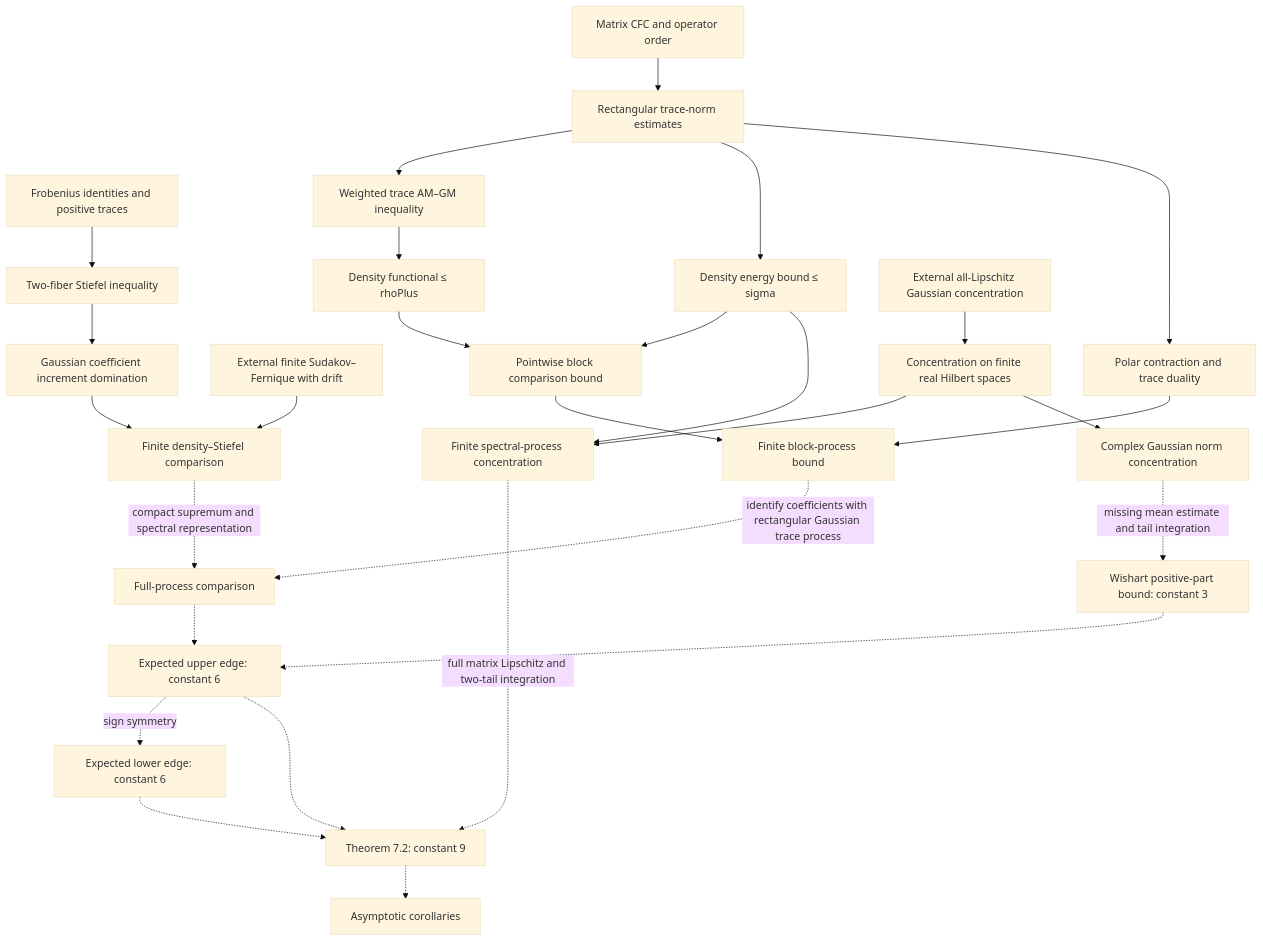
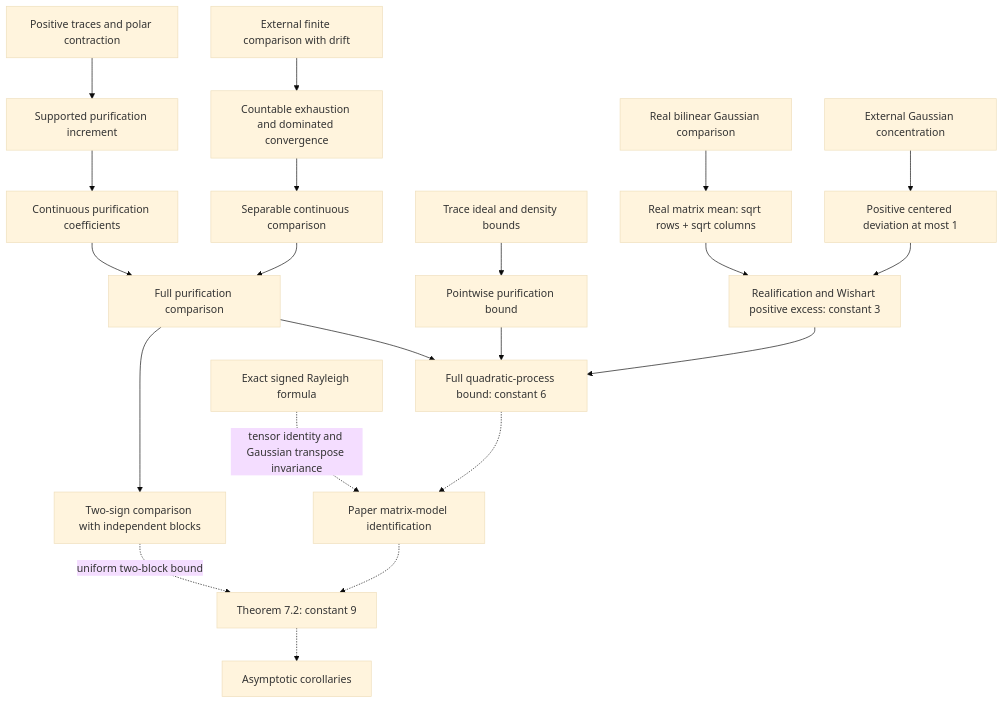
Before and after one commit to T1mberland/lean-arxiv2606.21137: the diagram in docs/FORMALIZATION.md, drawn with Mermaid (base theme). The commit also changed other lines of this file and 23 other files, not shown here.

Commit message:
Prove continuous purification comparison and Gaussian Wishart excess bounds

````diff
--- a/docs/FORMALIZATION.md
+++ b/docs/FORMALIZATION.md
@@ -159,30 +195,23 @@
 ```mermaid
 flowchart TD
-  F[Frobenius identities and positive traces] --> S[Two-fiber Stiefel inequality]
-  S --> I[Gaussian coefficient increment domination]
-  SF[External finite Sudakov–Fernique with drift] --> G[Finite density–Stiefel comparison]
-  I --> G
-  CFC[Matrix CFC and operator order] --> T[Rectangular trace-norm estimates]
-  T --> AM[Weighted trace AM–GM inequality]
-  AM --> R[Density functional ≤ rhoPlus]
-  T --> D[Density energy bound ≤ sigma]
-  D --> B[Pointwise block comparison bound]
-  R --> B
-  T --> Q[Polar contraction and trace duality]
-  Q --> FB[Finite block-process bound]
-  B --> FB
-  LSI[External all-Lipschitz Gaussian concentration] --> GC[Concentration on finite real Hilbert spaces]
-  GC --> FC[Finite spectral-process concentration]
-  D --> FC
-  GC --> WC[Complex Gaussian norm concentration]
-  WC -. missing mean estimate and tail integration .-> W[Wishart positive-part bound: constant 3]
-  G -. compact supremum and spectral representation .-> FULL[Full-process comparison]
-  FB -. identify coefficients with rectangular Gaussian trace process .-> FULL
-  FULL -.-> U[Expected upper edge: constant 6]
-  W -.-> U
-  U -. sign symmetry .-> LOW[Expected lower edge: constant 6]
-  FC -. full matrix Lipschitz and two-tail integration .-> MAIN[Theorem 7.2: constant 9]
-  U -.-> MAIN
-  LOW -.-> MAIN
+  F[Positive traces and polar contraction] --> P[Supported purification increment]
+  P --> C[Continuous purification coefficients]
+  SF[External finite comparison with drift] --> CS[Countable exhaustion and dominated convergence]
+  CS --> SFULL[Separable continuous comparison]
+  C --> FULL[Full purification comparison]
+  SFULL --> FULL
+  FULL --> SIGN[Two-sign comparison with independent blocks]
+  T[Trace ideal and density bounds] --> B[Pointwise purification bound]
+  RG[Real bilinear Gaussian comparison] --> RM[Real matrix mean: sqrt rows + sqrt columns]
+  LSI[External Gaussian concentration] --> EP[Positive centered deviation at most 1]
+  RM --> W[Realification and Wishart positive excess: constant 3]
+  EP --> W
+  W --> U[Full quadratic-process bound: constant 6]
+  B --> U
+  FULL --> U
+  R[Exact signed Rayleigh formula] -. tensor identity and Gaussian transpose invariance .-> H[Paper matrix-model identification]
+  U -.-> H
+  SIGN -. uniform two-block bound .-> MAIN[Theorem 7.2: constant 9]
+  H -.-> MAIN
   MAIN -.-> AS[Asymptotic corollaries]
 ```
````
